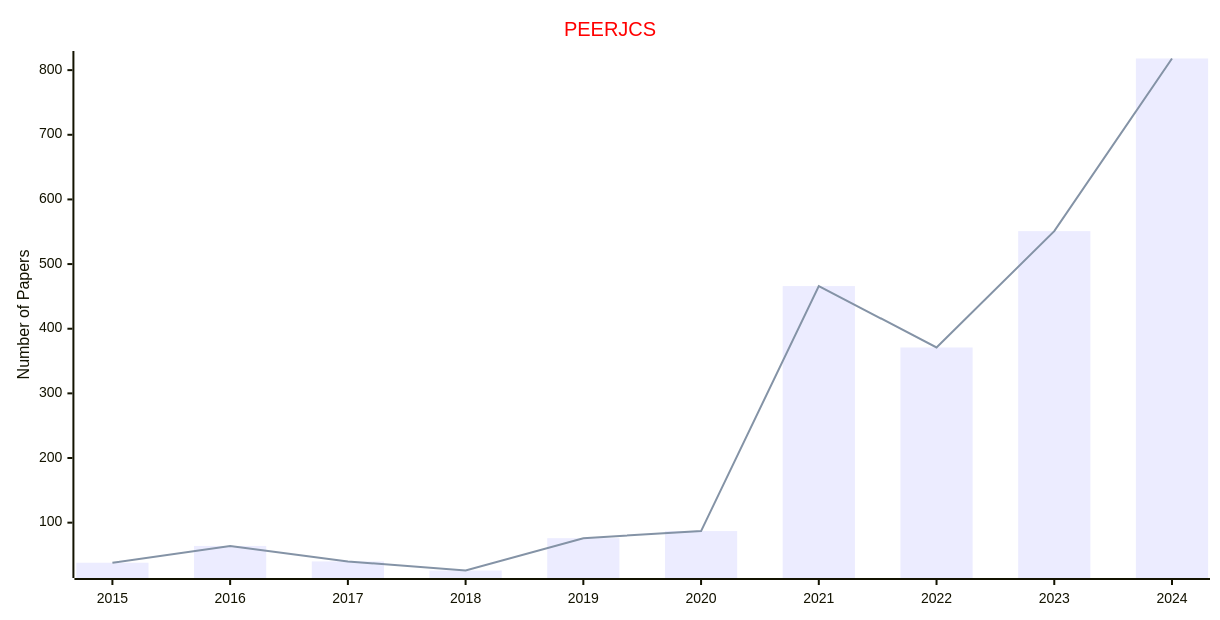
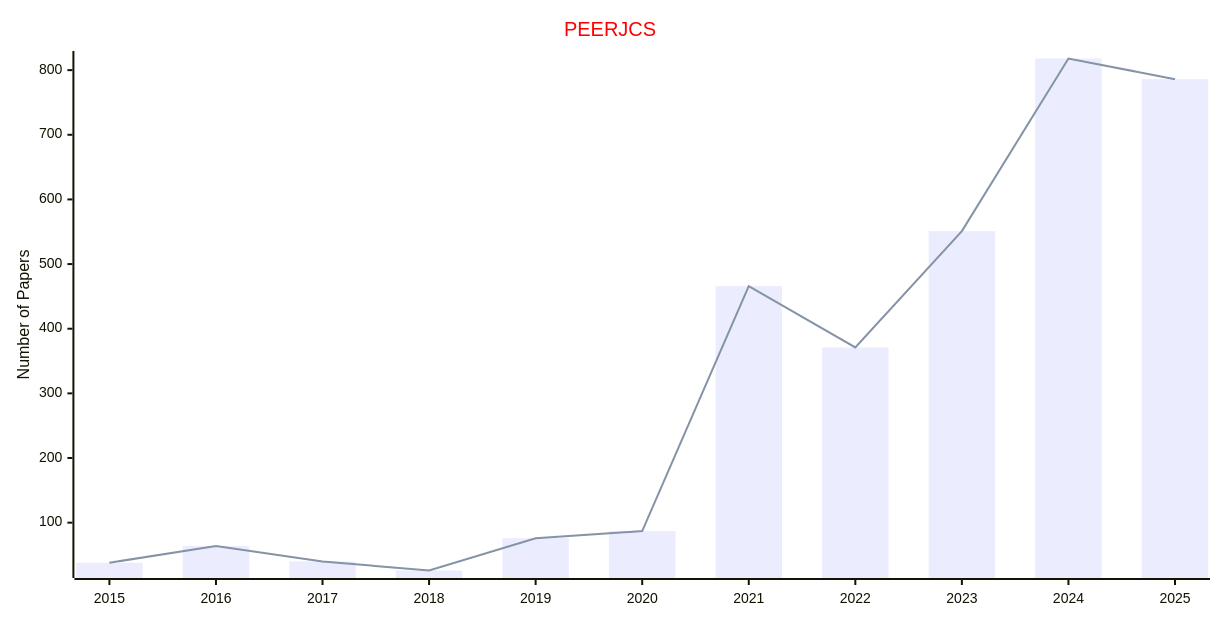
The diagram in docs/data/Journals/Publishers_Journals/PEERJ.md (Easy-PhD/AILinks), drawn with Mermaid before and after one commit. The commit also changed 93 other files, not shown here.

````diff
--- a/docs/data/Journals/Publishers_Journals/PEERJ.md
+++ b/docs/data/Journals/Publishers_Journals/PEERJ.md
@@ -11,17 +11,17 @@
 ```mermaid
 ---
 config:
     xyChart:
         width: 1200
         height: 600
     themeVariables:
         xyChart:
             titleColor: "#ff0000"
 ---
 xychart-beta
     title "PEERJCS"
-    x-axis [2015, 2016, 2017, 2018, 2019, 2020, 2021, 2022, 2023, 2024]
+    x-axis [2015, 2016, 2017, 2018, 2019, 2020, 2021, 2022, 2023, 2024, 2025]
     y-axis "Number of Papers"
-    bar [38, 64, 40, 26, 76, 87, 466, 371, 551, 818]
-    line [38, 64, 40, 26, 76, 87, 466, 371, 551, 818]
+    bar [38, 64, 40, 26, 76, 87, 466, 371, 551, 818, 786]
+    line [38, 64, 40, 26, 76, 87, 466, 371, 551, 818, 786]
 ```
````
